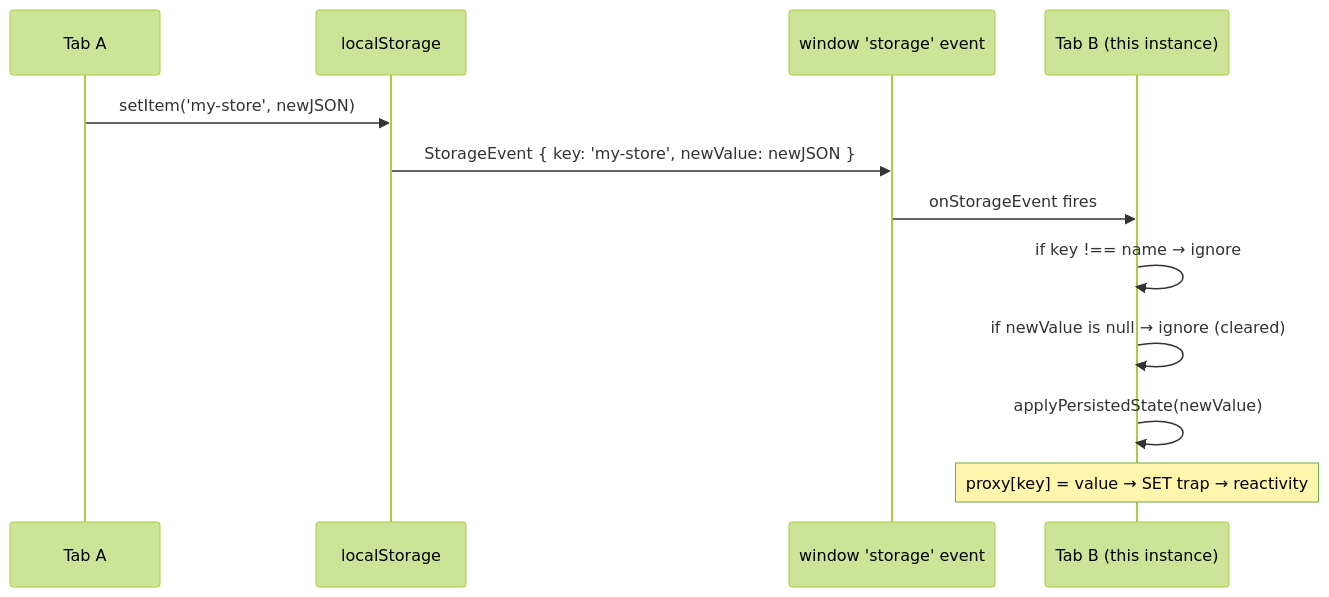
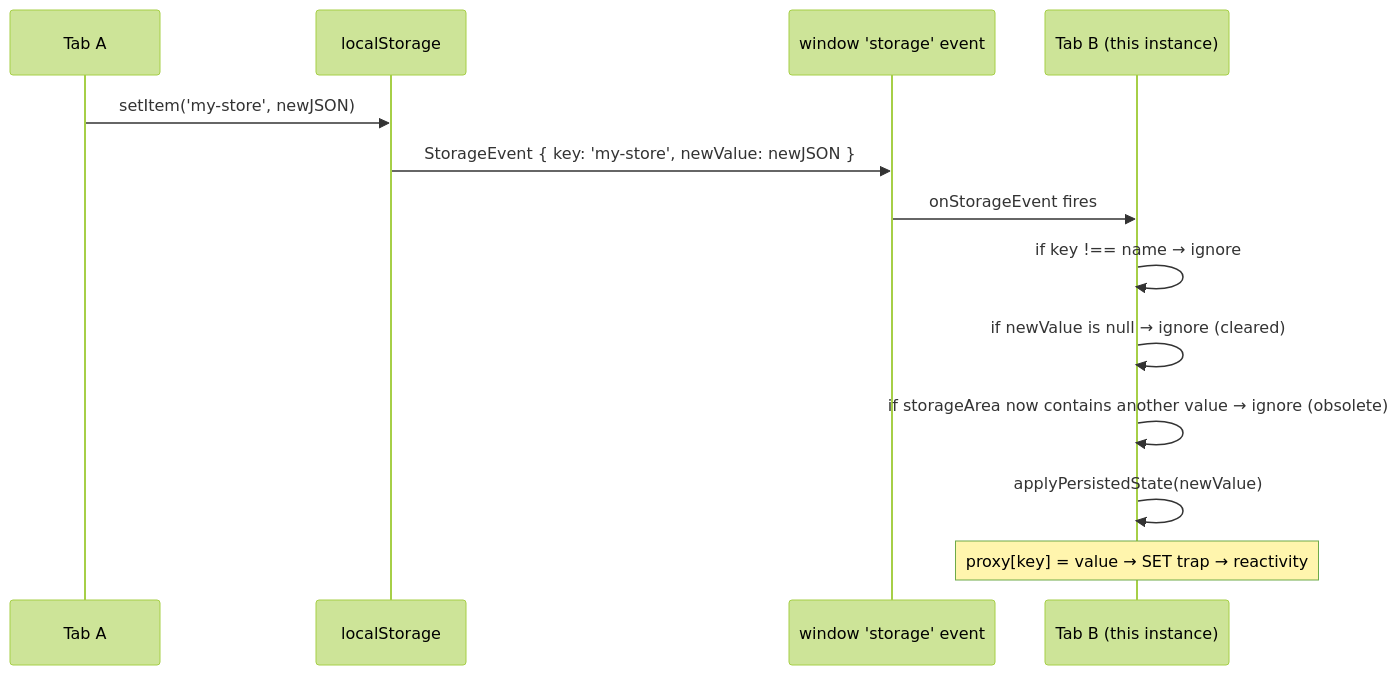
Before and after one commit to codeBelt/classy-store: the second of 3 diagrams in website/docs/PERSIST_ARCHITECTURE.md, drawn with Mermaid (forest theme). The commit also changed other lines of this file and 238 other files, not shown here.

````diff
--- a/website/docs/PERSIST_ARCHITECTURE.md
+++ b/website/docs/PERSIST_ARCHITECTURE.md
@@ -180,15 +196,16 @@
 ```mermaid
 sequenceDiagram
   participant TabA as Tab A
   participant LS as localStorage
   participant Event as window 'storage' event
   participant TabB as Tab B (this instance)
 
   TabA->>LS: setItem('my-store', newJSON)
   LS->>Event: StorageEvent { key: 'my-store', newValue: newJSON }
   Event->>TabB: onStorageEvent fires
   TabB->>TabB: if key !== name → ignore
   TabB->>TabB: if newValue is null → ignore (cleared)
+  TabB->>TabB: if storageArea now contains another value → ignore (obsolete)
   TabB->>TabB: applyPersistedState(newValue)
   Note over TabB: proxy[key] = value → SET trap → reactivity
 ```
````
